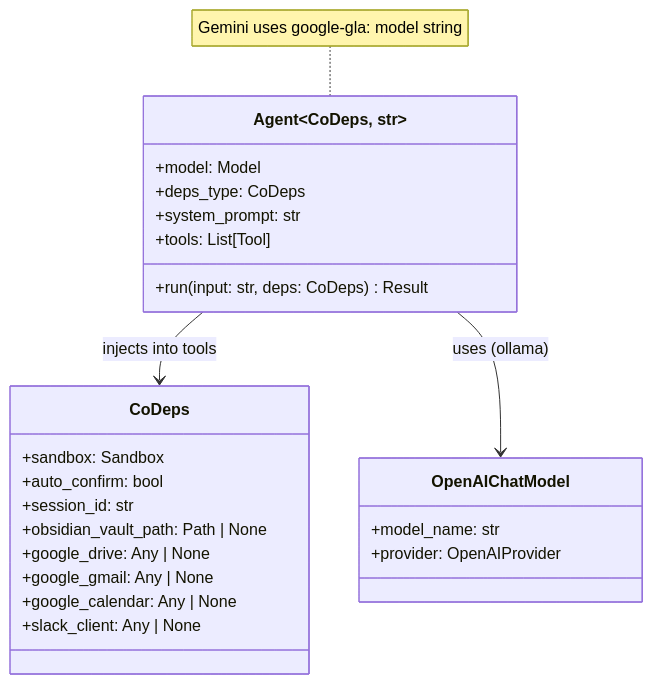
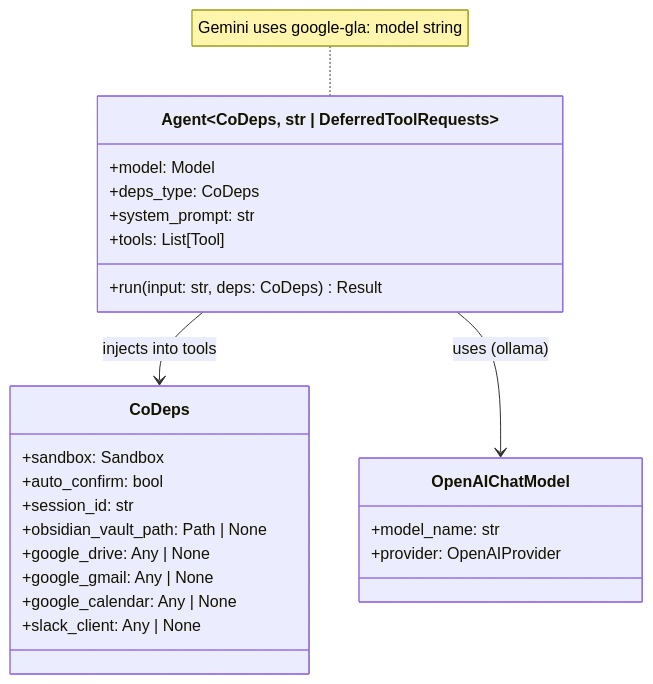
Before and after one commit to binlecode/co-cli: the fifth of 15 diagrams in docs/DESIGN-co-cli.md, drawn with Mermaid. The commit also changed other lines of this file and 1 other file, not shown here.

First line of the commit message:
Update design docs: chained approvals, args variance, shell tool flow

````diff
--- a/docs/DESIGN-co-cli.md
+++ b/docs/DESIGN-co-cli.md
@@ -174,30 +208,30 @@
 ```mermaid
 classDiagram
-    class Agent~CoDeps, str~ {
+    class Agent~CoDeps, str | DeferredToolRequests~ {
         +model: Model
         +deps_type: CoDeps
         +system_prompt: str
         +tools: List[Tool]
         +run(input: str, deps: CoDeps) Result
     }
 
     class CoDeps {
         +sandbox: Sandbox
         +auto_confirm: bool
         +session_id: str
         +obsidian_vault_path: Path | None
         +google_drive: Any | None
         +google_gmail: Any | None
         +google_calendar: Any | None
         +slack_client: Any | None
     }
 
     class OpenAIChatModel {
         +model_name: str
         +provider: OpenAIProvider
     }
 
     Agent --> CoDeps : injects into tools
     Agent --> OpenAIChatModel : uses (ollama)
     note for Agent "Gemini uses google-gla: model string"
 ```
````
